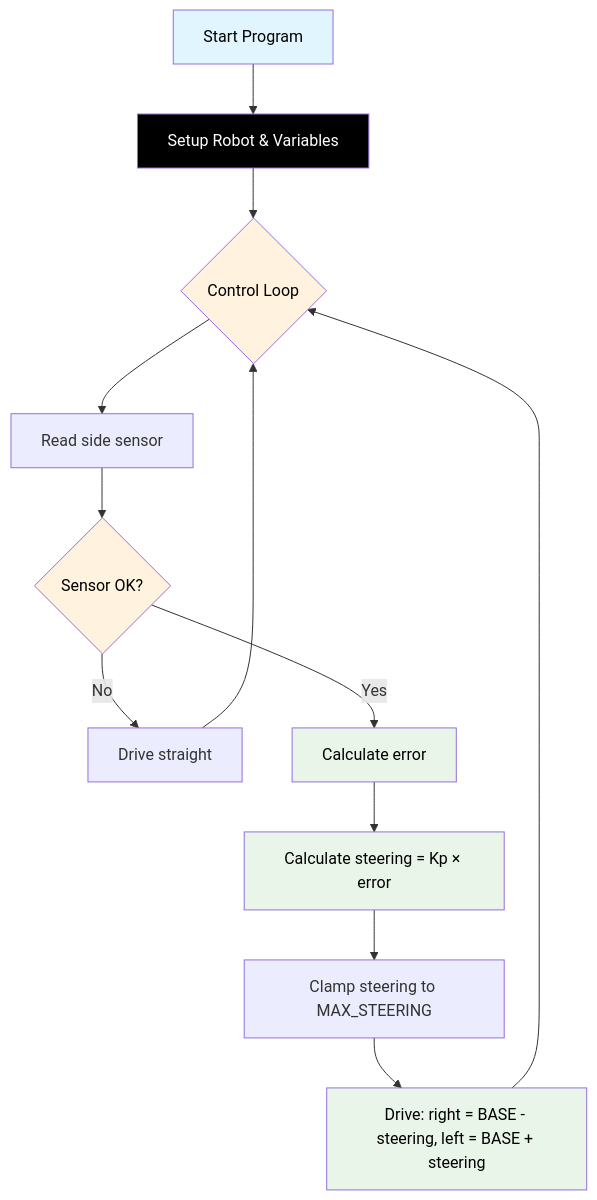
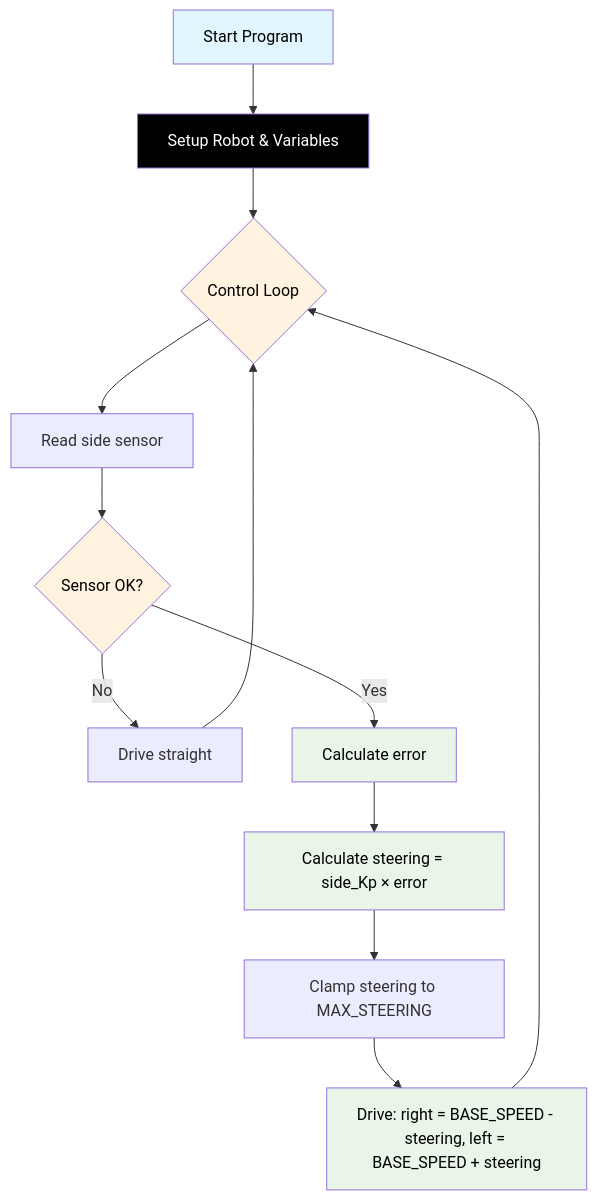
Before and after one commit to TempeHS/RP2040_Competition_Robot: the diagram in docs/Challenge_1.md, drawn with Mermaid. The commit also changed other lines of this file and 10 other files, not shown here.

````diff
--- a/docs/Challenge_1.md
+++ b/docs/Challenge_1.md
@@ -29,22 +29,22 @@
 ```mermaid
 flowchart TD
     A[Start Program] --> B[Setup Robot & Variables]
     B --> C{Control Loop}
     C --> D[Read side sensor]
     D --> E{Sensor OK?}
     E -- No --> F[Drive straight]
     F --> C
     E -- Yes --> G[Calculate error]
-    G --> H[Calculate steering = Kp × error]
+    G --> H[Calculate steering = side_Kp × error]
     H --> I[Clamp steering to MAX_STEERING]
-    I --> J["Drive: right = BASE - steering, left = BASE + steering"]
+    I --> J["Drive: right = BASE_SPEED - steering, left = BASE_SPEED + steering"]
     J --> C
 
     style A fill:#e1f5fe,color:#000000
     style B fill:#000000,color:#ffffff
     style C fill:#fff3e0,color:#000000
     style E fill:#fff3e0,color:#000000
     style G fill:#e8f5e8,color:#000000
     style H fill:#e8f5e8,color:#000000
     style J fill:#e8f5e8,color:#000000
 ```
````
